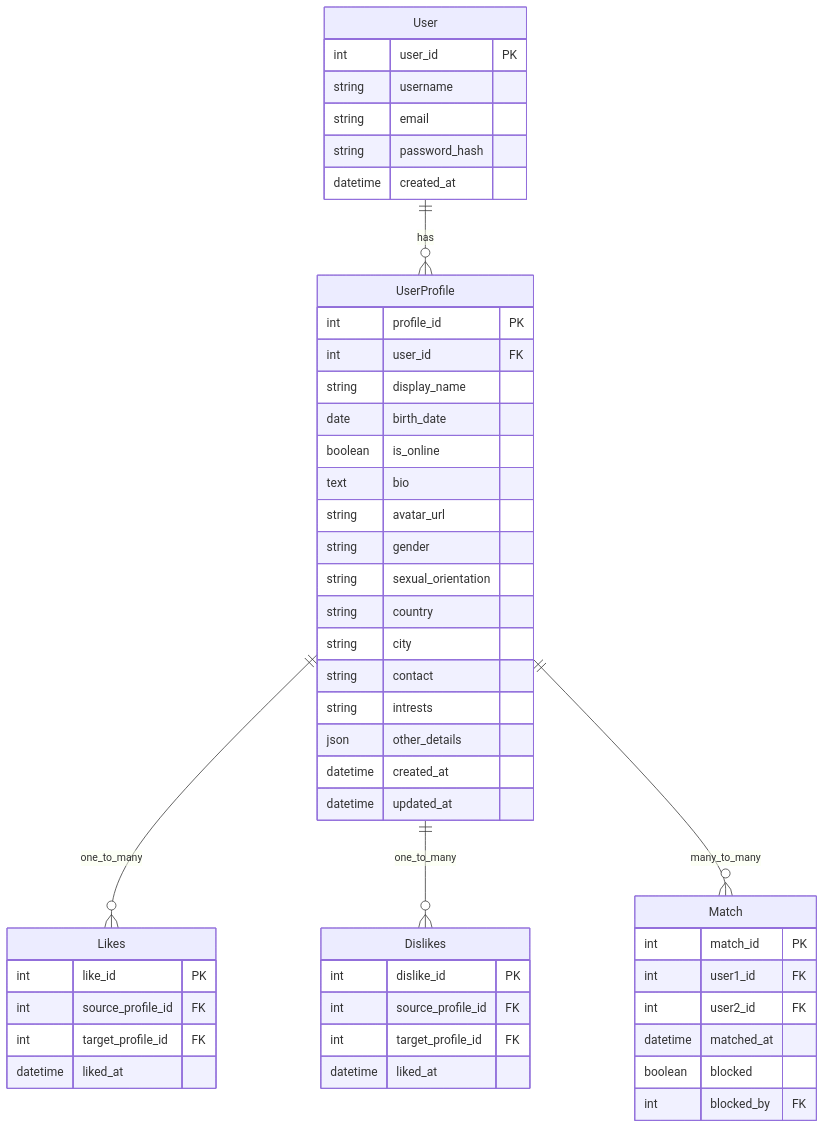
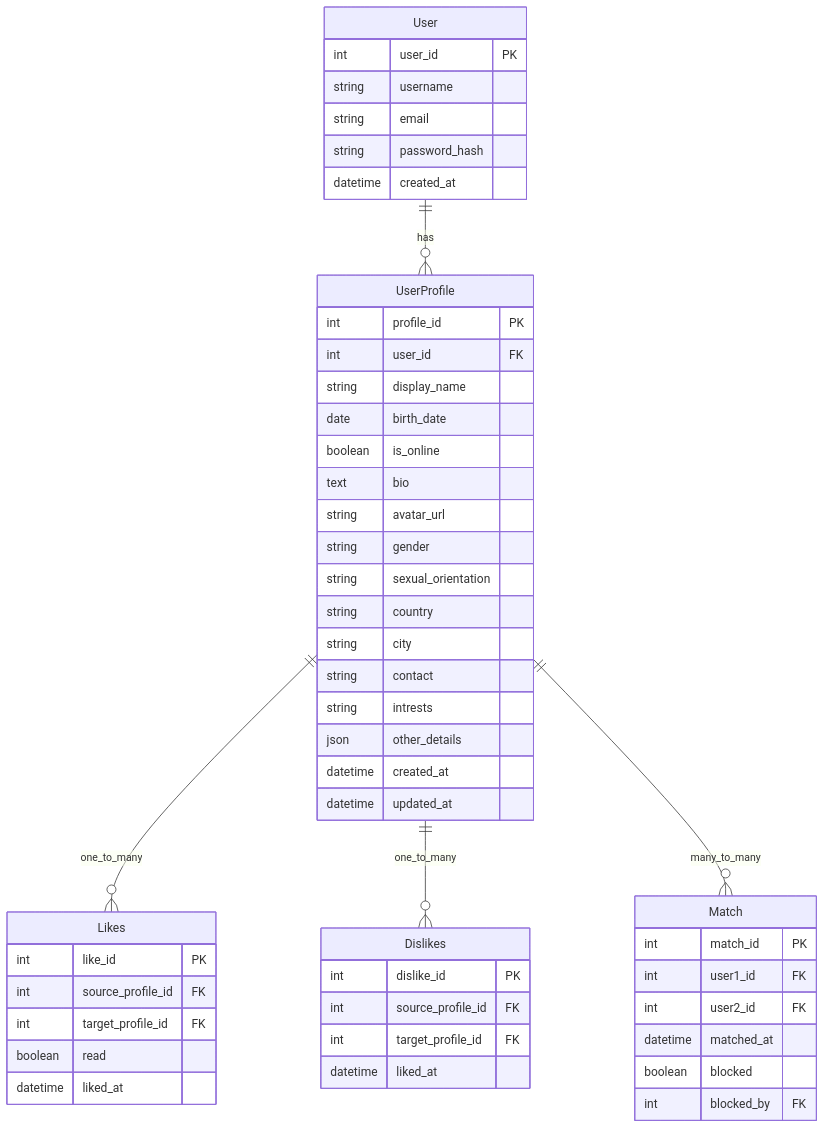
Before and after one commit to dimitri-edel/team-5: the diagram in README.md, drawn with Mermaid.

Commit message:
Add Likes.read field to ERD in README

````diff
--- a/README.md
+++ b/README.md
@@ -132,57 +132,59 @@
 ```mermaid
 erDiagram
     User {
         int user_id PK
         string username
         string email
         string password_hash
         datetime created_at
     }
     UserProfile {
         int profile_id PK
         int user_id FK
         string display_name
         date birth_date
         boolean is_online
         text bio
         string avatar_url
         string gender
         string sexual_orientation
         string country
         string city
         string contact
         string intrests
         json other_details
         datetime created_at
         datetime updated_at
     }
     Match {
         int match_id PK
         int user1_id FK
         int user2_id FK
         datetime matched_at
         boolean blocked
         int blocked_by FK
     }
     %% blocked_by: user_id of the user who initiated the block
     
     Likes {
         int like_id PK
         int source_profile_id FK
         int target_profile_id FK
+        boolean read
         datetime liked_at
     }
+    %% read : signifies whether or not the targeted user has read the notification
 
     Dislikes {
         int dislike_id PK
         int source_profile_id FK
         int target_profile_id FK
         datetime liked_at
     }
 
 
     User ||--o{ UserProfile : has
     UserProfile ||--o{ Likes : one_to_many
     UserProfile ||--o{ Dislikes : one_to_many
     UserProfile ||--o{ Match : many_to_many   
 ```
````
